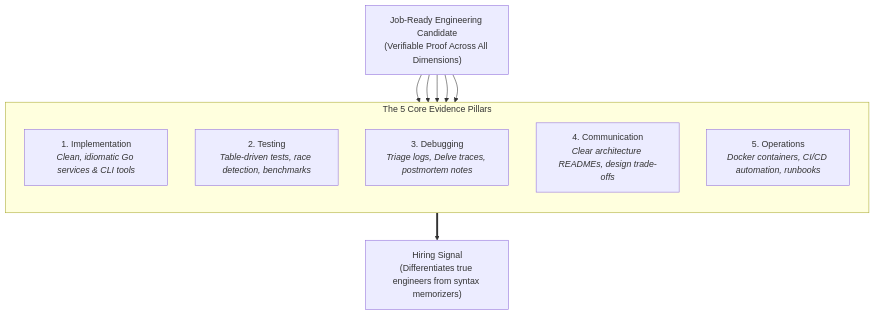
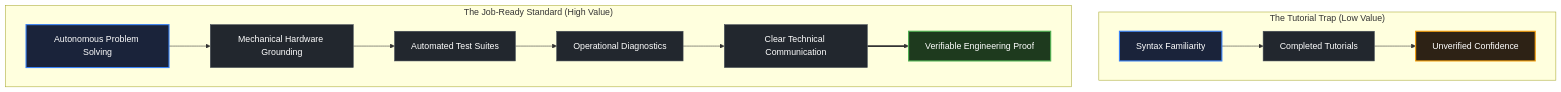
The diagram in curriculum/modules/00-orientation/lessons/08-what-job-ready-means/README.md (swe-labs/the-go-engineer), drawn with Mermaid before and after one commit. The commit also changed other lines of this file and 42 other files, not shown here.

````diff
--- a/curriculum/modules/00-orientation/lessons/08-what-job-ready-means/README.md
+++ b/curriculum/modules/00-orientation/lessons/08-what-job-ready-means/README.md
@@ -25,25 +30,23 @@
 ```mermaid
 flowchart TD
     classDef frontDoor fill:#1a233a,stroke:#3b82f6,stroke-width:2px,color:#ffffff;
     classDef exitGate fill:#1e3a1e,stroke:#4caf50,stroke-width:2px,color:#ffffff;
     classDef standardNode fill:#22272e,stroke:#444c56,stroke-width:1px,color:#ffffff;
     classDef capstoneNode fill:#2d2215,stroke:#f59e0b,stroke-width:2px,color:#ffffff;
-    JR["Job-Ready Engineering Candidate<br/>(Verifiable Proof Across All Dimensions)"]
 
-    subgraph EvidenceBuckets ["The 5 Core Evidence Pillars"]
-        direction TB
-        B1["1. Implementation<br/><i>Clean, idiomatic Go services & CLI tools</i>"]
-        B2["2. Testing<br/><i>Table-driven tests, race detection, benchmarks</i>"]
-        B3["3. Debugging<br/><i>Triage logs, Delve traces, postmortem notes</i>"]
-        B4["4. Communication<br/><i>Clear architecture READMEs, design trade-offs</i>"]
-        B5["5. Operations<br/><i>Docker containers, CI/CD automation, runbooks</i>"]
+    subgraph Perception ["The Tutorial Trap (Low Value)"]
+        T1["Syntax Familiarity"]:::frontDoor --> T2["Completed Tutorials"]:::standardNode
+        T2 --> T3["Unverified Confidence"]:::capstoneNode
     end
 
-    JR --> B1
-    JR --> B2
-    JR --> B3
-    JR --> B4
-    JR --> B5
+    subgraph Proof ["The Job-Ready Standard (High Value)"]
+        P1["Autonomous Problem Solving"]:::frontDoor
+        P2["Mechanical Hardware Grounding"]:::standardNode
+        P3["Automated Test Suites"]:::standardNode
+        P4["Operational Diagnostics"]:::standardNode
+        P5["Clear Technical Communication"]:::standardNode
 
-    EvidenceBuckets ==> PROOF["Hiring Signal<br/>(Differentiates true engineers from syntax memorizers)"]
+        P1 --> P2 --> P3 --> P4 --> P5
+        P5 ==> JR["Verifiable Engineering Proof"]:::exitGate
+    end
 ```
````
